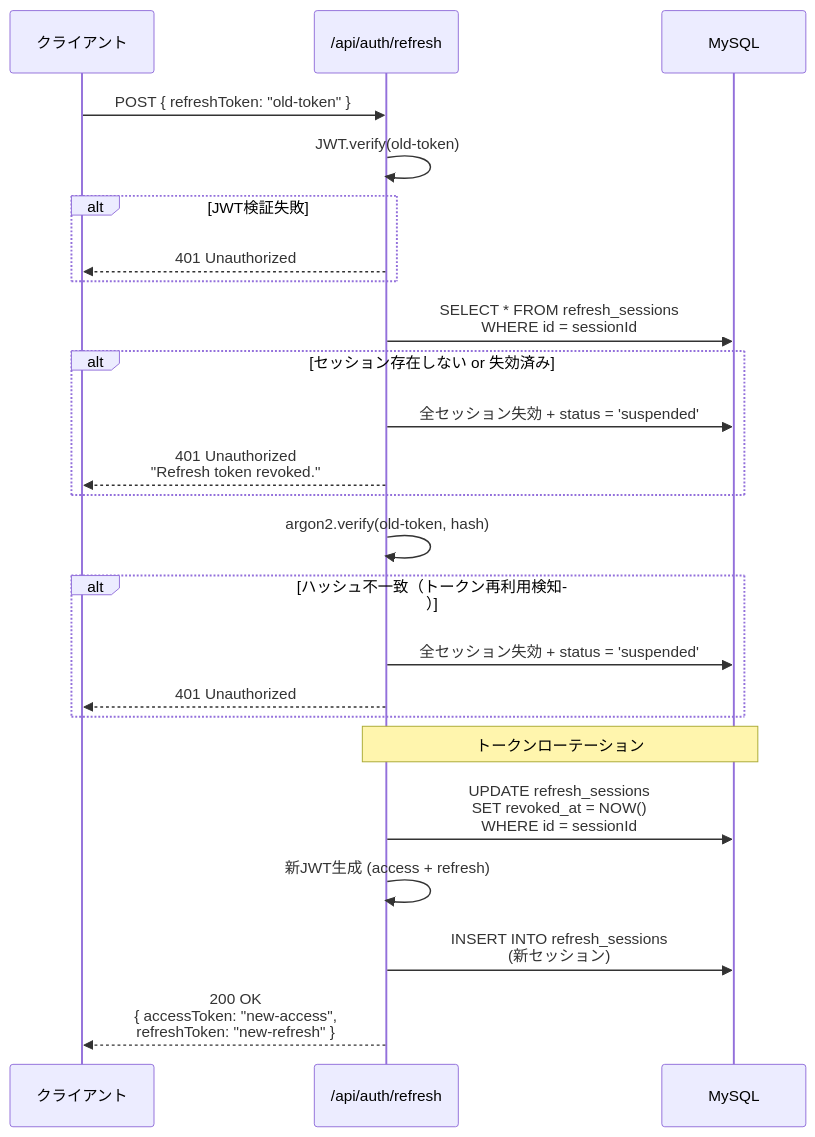
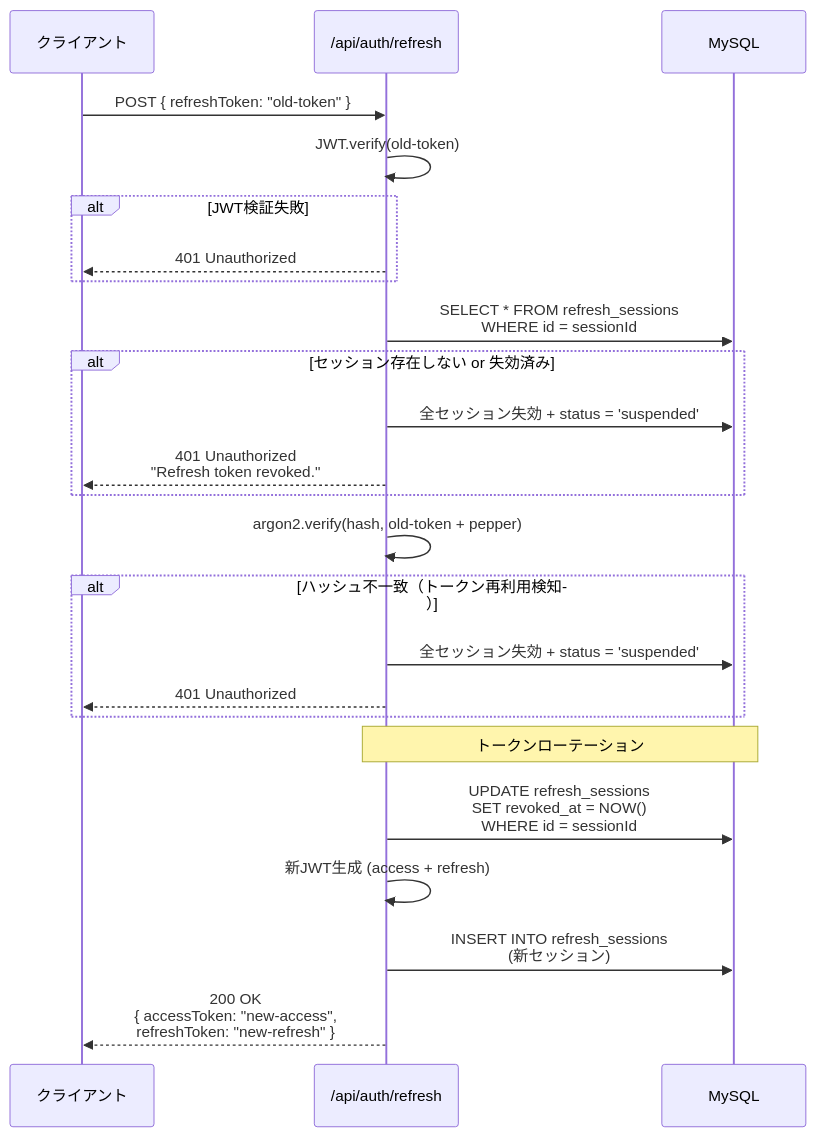
One commit to reisy1999/reserve-api changed the fourth of 6 diagrams in docs/spec/10-Authentication.md. Above: the diagram before and after it, drawn with Mermaid. The commit also changed other lines of this file and 3 other files, not shown here.

````diff
--- a/docs/spec/10-Authentication.md
+++ b/docs/spec/10-Authentication.md
@@ -295,33 +295,33 @@
 ```mermaid
 sequenceDiagram
     participant Client as クライアント
     participant Refresh as /api/auth/refresh
     participant DB as MySQL
 
     Client->>Refresh: POST { refreshToken: "old-token" }
     Refresh->>Refresh: JWT.verify(old-token)
 
     alt JWT検証失敗
         Refresh-->>Client: 401 Unauthorized
     end
 
     Refresh->>DB: SELECT * FROM refresh_sessions<br/>WHERE id = sessionId
 
     alt セッション存在しない or 失効済み
         Refresh->>DB: 全セッション失効 + status = 'suspended'
         Refresh-->>Client: 401 Unauthorized<br/>"Refresh token revoked."
     end
 
-    Refresh->>Refresh: argon2.verify(old-token, hash)
+    Refresh->>Refresh: argon2.verify(hash, old-token + pepper)
 
     alt ハッシュ不一致（トークン再利用検知）
         Refresh->>DB: 全セッション失効 + status = 'suspended'
         Refresh-->>Client: 401 Unauthorized
     end
 
     Note over Refresh,DB: トークンローテーション
     Refresh->>DB: UPDATE refresh_sessions<br/>SET revoked_at = NOW()<br/>WHERE id = sessionId
     Refresh->>Refresh: 新JWT生成 (access + refresh)
     Refresh->>DB: INSERT INTO refresh_sessions<br/>(新セッション)
     Refresh-->>Client: 200 OK<br/>{ accessToken: "new-access",<br/>refreshToken: "new-refresh" }
 ```
````
